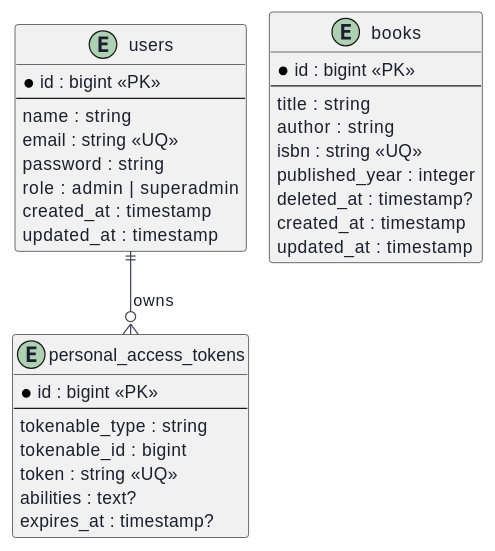
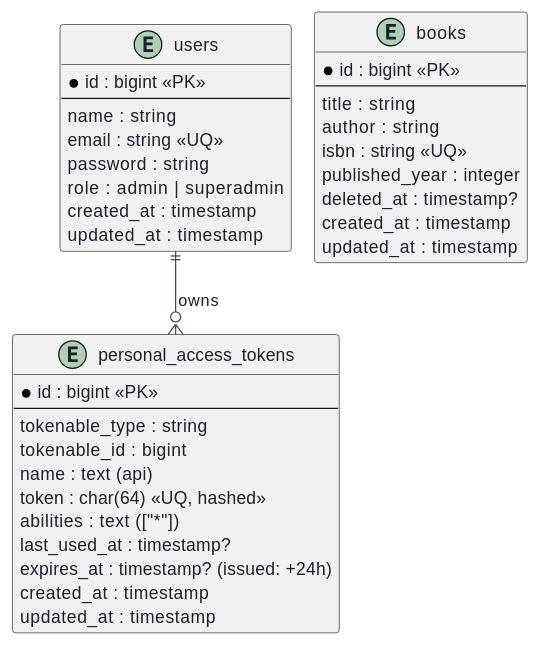
Before and after one commit to gdpe-franco/book-management-system: the third of 4 diagrams in ARCHITECTURE.md, drawn with PlantUML. The commit also changed other lines of this file and 20 other files, not shown here.

````diff
--- a/ARCHITECTURE.md
+++ b/ARCHITECTURE.md
@@ -78,45 +78,49 @@
 ```plantuml
 @startuml BookDatabase
 !pragma layout smetana
 skinparam backgroundColor #FFFFFF
 skinparam shadowing false
 skinparam defaultFontColor #1E1E2E
 skinparam ArrowColor #45475A
 skinparam entity {
   BorderColor #45475A
   FontColor #FFFFFF
   BackgroundColor #6B7280
 }
 entity users {
   * id : bigint <<PK>>
   --
   name : string
   email : string <<UQ>>
   password : string
   role : admin | superadmin
   created_at : timestamp
   updated_at : timestamp
 }
 entity books {
   * id : bigint <<PK>>
   --
   title : string
   author : string
   isbn : string <<UQ>>
   published_year : integer
   deleted_at : timestamp?
   created_at : timestamp
   updated_at : timestamp
 }
 entity personal_access_tokens {
   * id : bigint <<PK>>
   --
   tokenable_type : string
   tokenable_id : bigint
-  token : string <<UQ>>
-  abilities : text?
-  expires_at : timestamp?
+  name : text (api)
+  token : char(64) <<UQ, hashed>>
+  abilities : text (["*"])
+  last_used_at : timestamp?
+  expires_at : timestamp? (issued: +24h)
+  created_at : timestamp
+  updated_at : timestamp
 }
 users ||--o{ personal_access_tokens : owns
 @enduml
 ```
````
